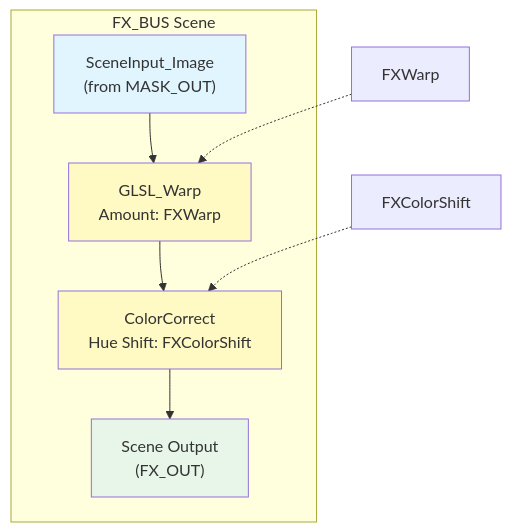
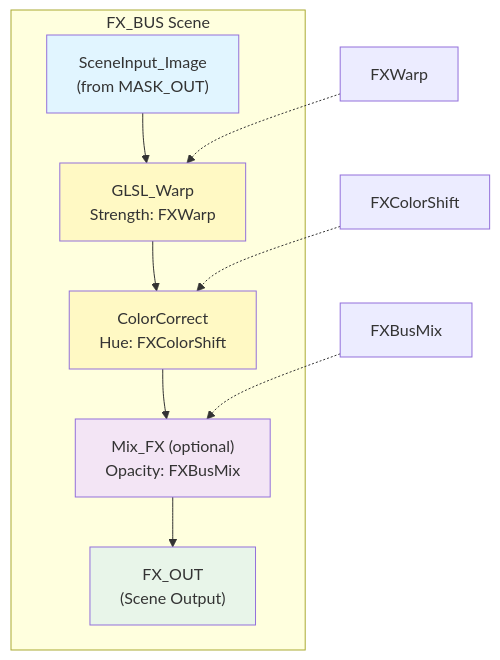
One commit to abossard/synesthesia-visuals changed diagram 16 of 17 in docs/mmv-master-pipeline-guide.md. Above: the diagram before and after it, drawn with Mermaid. The commit also changed other lines of this file, not shown here.

````diff
--- a/docs/mmv-master-pipeline-guide.md
+++ b/docs/mmv-master-pipeline-guide.md
@@ -898,16 +986,19 @@
 ```mermaid
 flowchart TD
     subgraph FX_SCENE["FX_BUS Scene"]
-        SCENE_IN_FX["SceneInput_Image<br/>(from MASK_OUT)"] --> WARP["GLSL_Warp<br/>Amount: FXWarp"]
-        WARP --> COLOR["ColorCorrect<br/>Hue Shift: FXColorShift"]
-        COLOR --> FX_OUT["Scene Output<br/>(FX_OUT)"]
+        SCENE_IN_FX["SceneInput_Image<br/>(from MASK_OUT)"] --> WARP["GLSL_Warp<br/>Strength: FXWarp"]
+        WARP --> COLOR["ColorCorrect<br/>Hue: FXColorShift"]
+        COLOR --> MIX_FX["Mix_FX (optional)<br/>Opacity: FXBusMix"]
+        MIX_FX --> FX_OUT["FX_OUT<br/>(Scene Output)"]
     end
     
     FX_WARP_G["FXWarp"] -.-> WARP
     FX_COLOR_G["FXColorShift"] -.-> COLOR
+    FX_MIX_G["FXBusMix"] -.-> MIX_FX
     
     style SCENE_IN_FX fill:#e1f5ff
     style WARP fill:#fff9c4
     style COLOR fill:#fff9c4
+    style MIX_FX fill:#f3e5f5
     style FX_OUT fill:#e8f5e9
 ```
````
